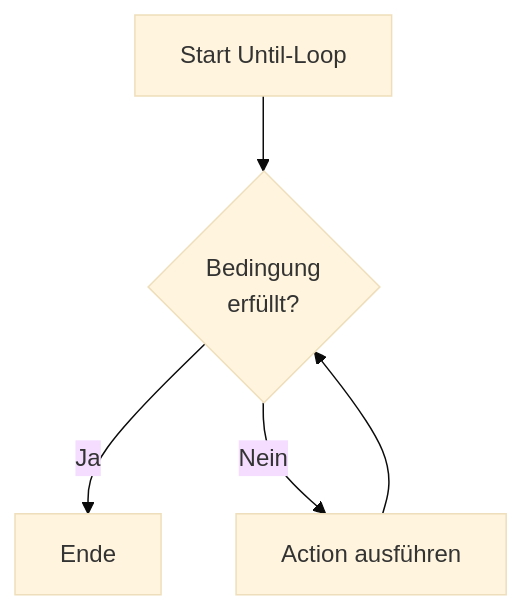
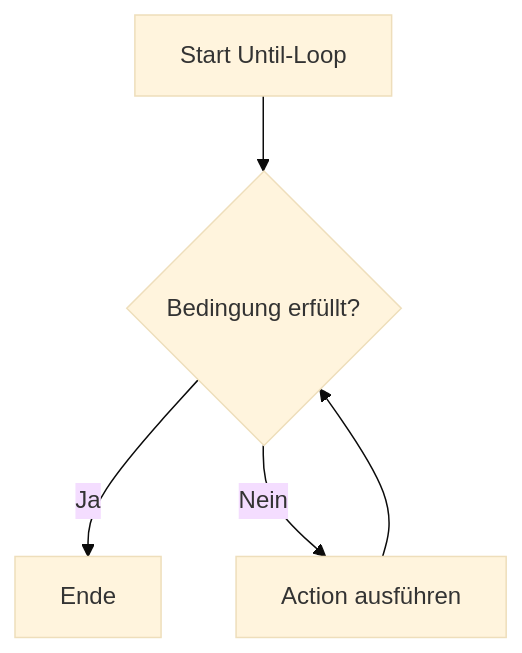
The third of 6 diagrams in Microsoft 365/Azure/Integration und Messaging/Azure Logic Apps.md (SoniiiT/notes-n-docs), drawn with Mermaid (base theme) before and after one commit. The commit also changed other lines of this file and 124 other files, not shown here.

First line of the commit message:
fix: Entferne \n aus allen Mermaid-Diagrammen (125 Dateien)

````diff
--- a/Microsoft 365/Azure/Integration und Messaging/Azure Logic Apps.md
+++ b/Microsoft 365/Azure/Integration und Messaging/Azure Logic Apps.md
@@ -164,7 +164,7 @@
 ```mermaid
 flowchart TD
-    S[Start Until-Loop] --> C{Bedingung\nerfüllt?}
+    S[Start Until-Loop] --> C{Bedingung erfüllt?}
     C -- Ja --> E[Ende]
     C -- Nein --> A[Action ausführen]
     A --> C
 ```
````
